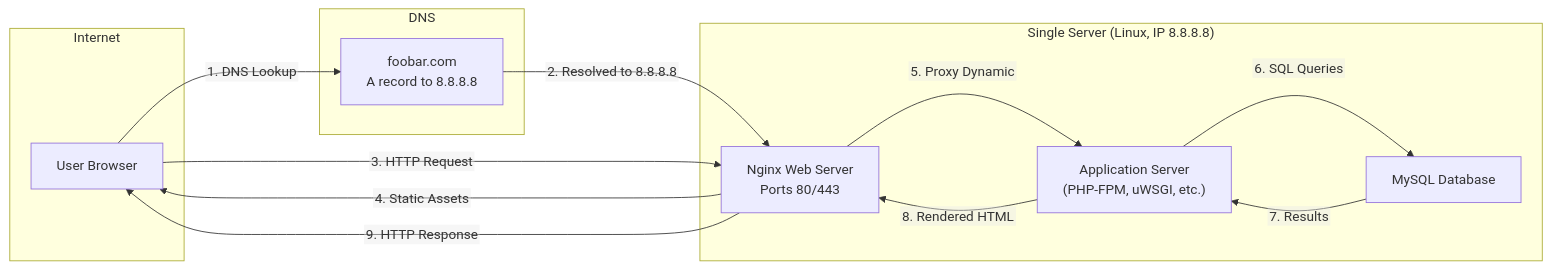
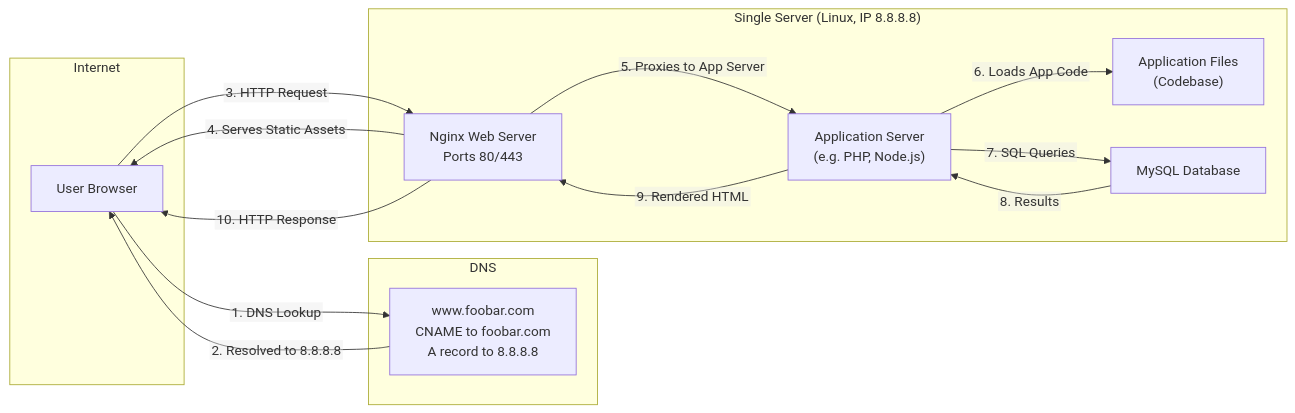
Before and after one commit to Paola-cmyk/holbertonschool-system_engineering-devops: the diagram in web_infrastructure_design/0-simple_web_stack.md, drawn with Mermaid.

````diff
--- a/web_infrastructure_design/0-simple_web_stack.md
+++ b/web_infrastructure_design/0-simple_web_stack.md
@@ -7,27 +7,29 @@
 ```mermaid
 %%{init:{"flowchart":{"htmlLabels":false}}}%%
 flowchart LR
     subgraph Internet
       A[User Browser]
     end
 
     subgraph DNS
-      B[foobar.com<br>A record to 8.8.8.8]
+      B[www.foobar.com<br>CNAME to foobar.com<br>A record to 8.8.8.8]
     end
 
     subgraph Server["Single Server (Linux, IP 8.8.8.8)"]
       C["Nginx Web Server<br>Ports 80/443"]
-      D["Application Server<br>(PHP‑FPM, uWSGI, etc.)"]
+      D["Application Server<br>(e.g. PHP, Node.js)"]
+      F["Application Files<br>(Codebase)"]
       E["MySQL Database"]
     end
 
     A -- "1. DNS Lookup" --> B
-    B -- "2. Resolved to 8.8.8.8" --> C
+    B -- "2. Resolved to 8.8.8.8" --> A
     A -- "3. HTTP Request" --> C
-    C -- "4. Static Assets" --> A
-    C -- "5. Proxy Dynamic" --> D
-    D -- "6. SQL Queries" --> E
-    E -- "7. Results" --> D
-    D -- "8. Rendered HTML" --> C
-    C -- "9. HTTP Response" --> A
+    C -- "4. Serves Static Assets" --> A
+    C -- "5. Proxies to App Server" --> D
+    D -- "6. Loads App Code" --> F
+    D -- "7. SQL Queries" --> E
+    E -- "8. Results" --> D
+    D -- "9. Rendered HTML" --> C
+    C -- "10. HTTP Response" --> A
 ```
````
